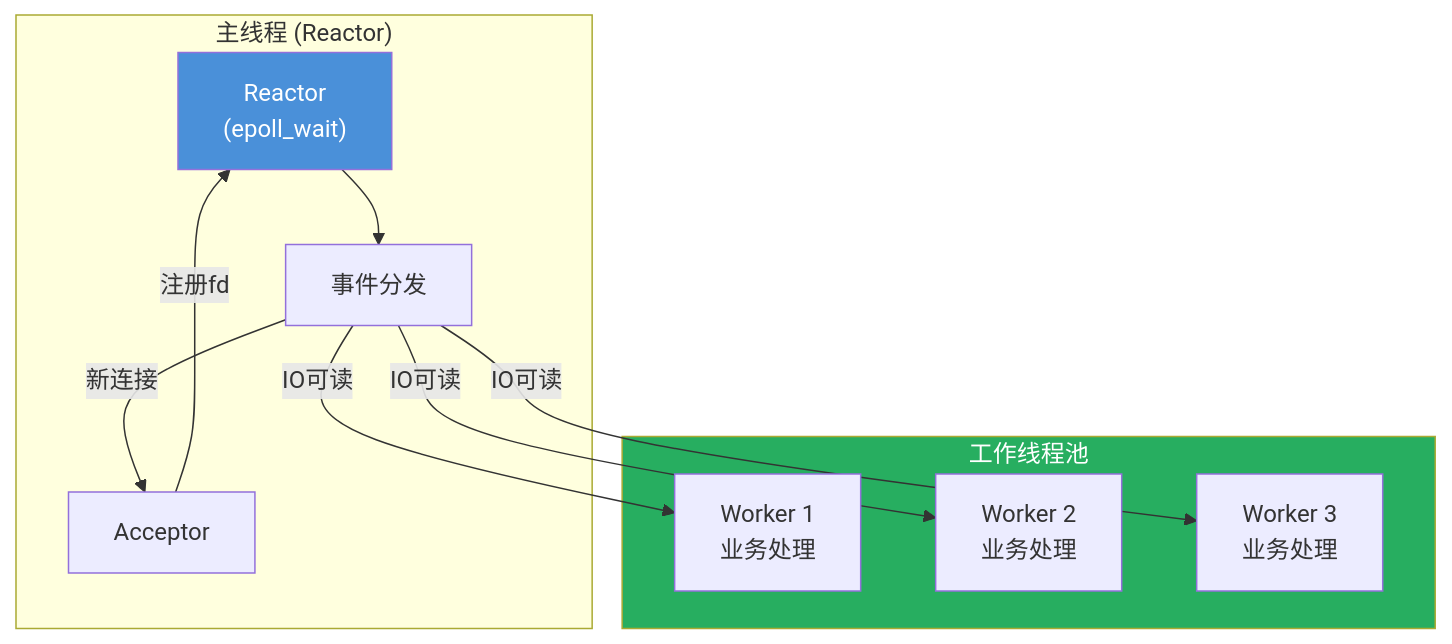
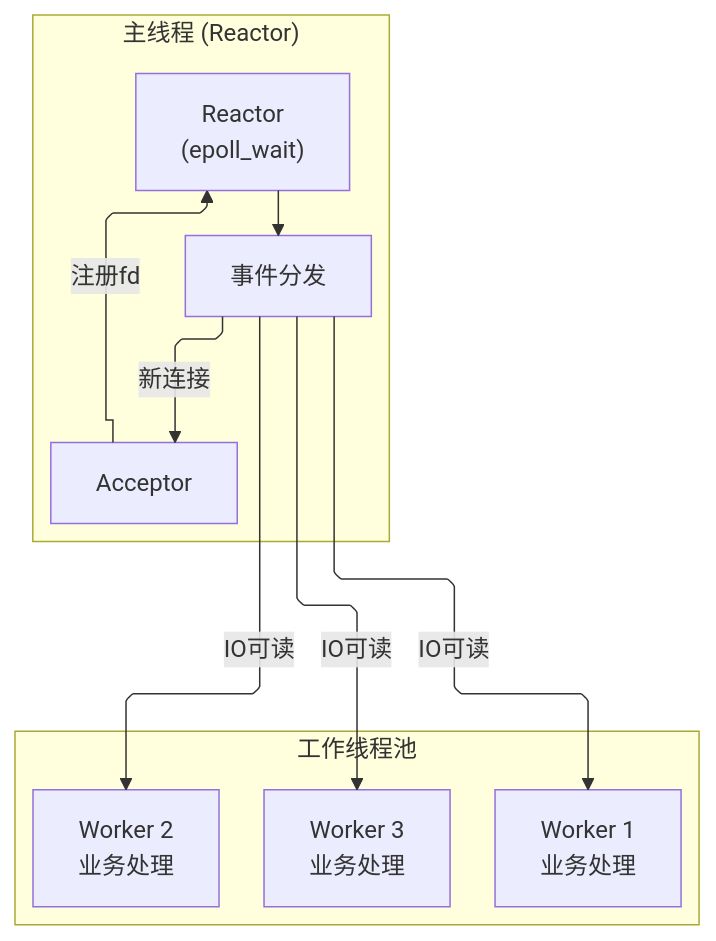
Before and after one commit to ziyan-cs/obsidian-coding-notes: the diagram in 05-Network Programming (网络编程)/02 · Socket编程/05-Reactor & Proactor Pattern (事件驱动模型) ⭐/05b-Single Reactor Multi Thread (单reactor多线程).md, drawn with Mermaid. The commit also changed 37 other files, not shown here.

````diff
--- a/05-Network Programming (网络编程)/02 · Socket编程/05-Reactor & Proactor Pattern (事件驱动模型) ⭐/05b-Single Reactor Multi Thread (单reactor多线程).md
+++ b/05-Network Programming (网络编程)/02 · Socket编程/05-Reactor & Proactor Pattern (事件驱动模型) ⭐/05b-Single Reactor Multi Thread (单reactor多线程).md
@@ -13,23 +13,22 @@
 ```mermaid
+%%{init: {"flowchart": {"defaultRenderer": "elk", "curve": "monotoneX"}} }%%
 graph TD
     subgraph MainThread["主线程 (Reactor)"]
         RE["Reactor<br/>(epoll_wait)"]
         DISPATCH["事件分发"]
         ACC["Acceptor"]
     end
     subgraph ThreadPool["工作线程池"]
         W1["Worker 1<br/>业务处理"]
         W2["Worker 2<br/>业务处理"]
         W3["Worker 3<br/>业务处理"]
     end
     
     RE --> DISPATCH
     DISPATCH -->|新连接| ACC
     DISPATCH -->|IO可读| W1
     DISPATCH -->|IO可读| W2
     DISPATCH -->|IO可读| W3
     ACC -->|注册fd| RE
     
-    style RE fill:#4a90d9,color:#fff
-    style ThreadPool fill:#27ae60,color:#fff
 ```
````
